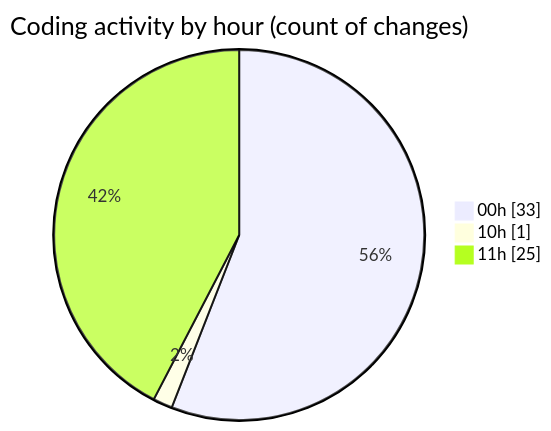
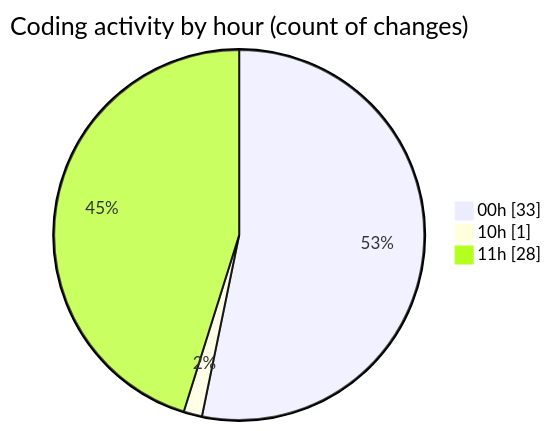
Before and after one commit to nxtqubesakshisongat/code-tracking: the second of 2 diagrams in 2025-08-10/nxtqube_webapp/README.md, drawn with Mermaid. The commit also changed other lines of this file and 1 other file, not shown here.

````diff
--- a/2025-08-10/nxtqube_webapp/README.md
+++ b/2025-08-10/nxtqube_webapp/README.md
@@ -29,7 +29,7 @@
 ```mermaid
 pie showData
 title Coding activity by hour (count of changes)
 "00h" : 33
 "10h" : 1
-"11h" : 25
+"11h" : 28
 ```
````
